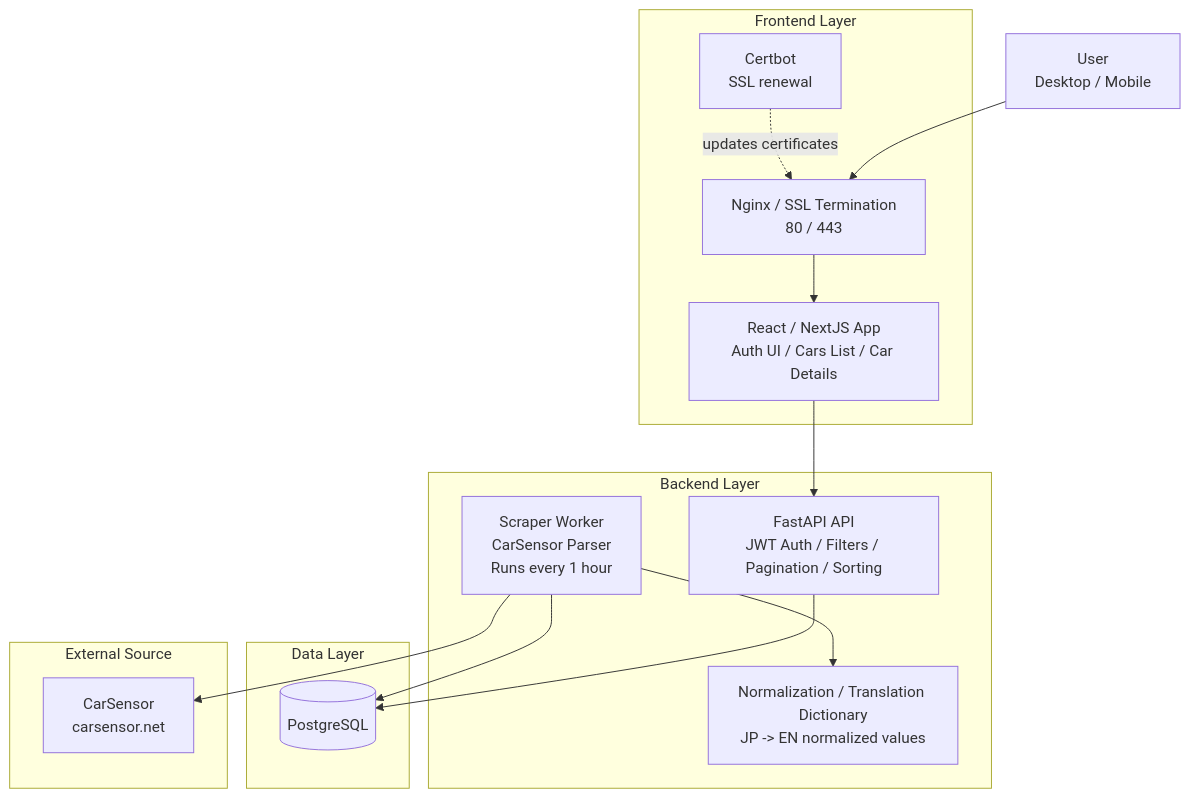
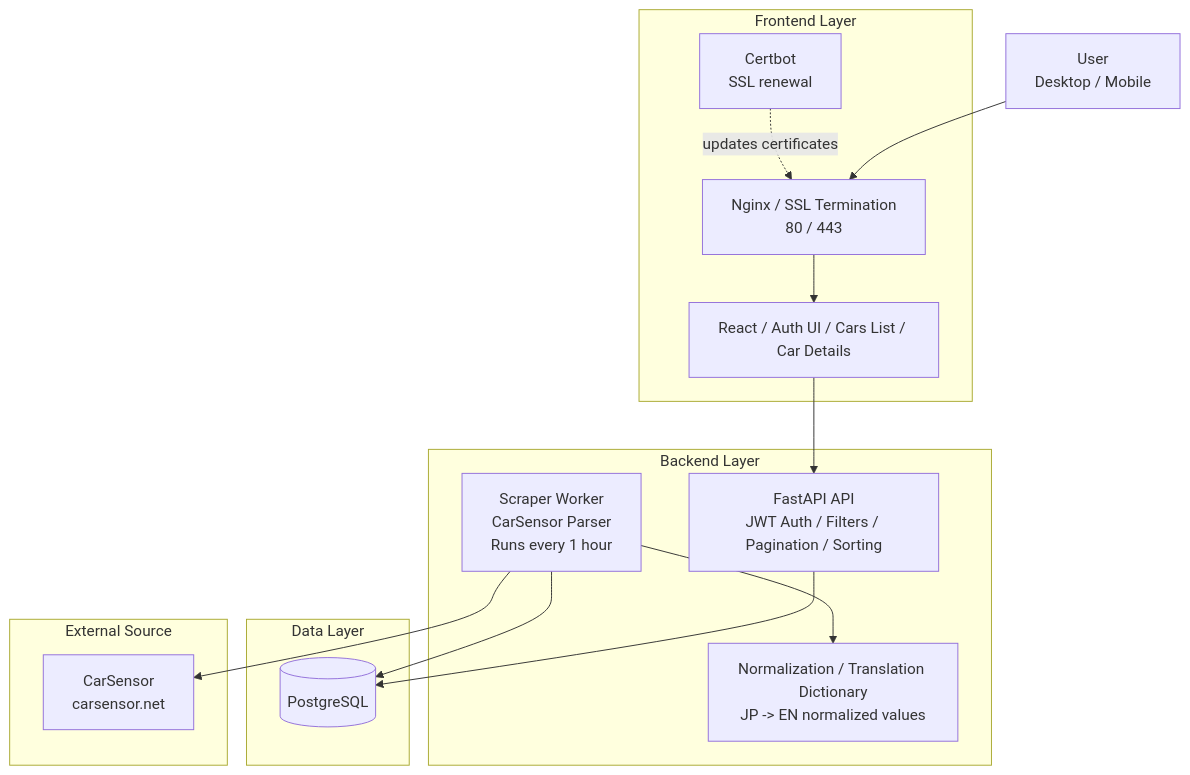
The diagram in README.md (SergeyKalutsky/million-miles-test), drawn with Mermaid before and after one commit.

Commit message:
refactor: simplify frontend layer description in architecture diagram

````diff
--- a/README.md
+++ b/README.md
@@ -46,41 +46,41 @@
 ```mermaid
 flowchart TB
     %% Clients
     USER[User<br/>Desktop / Mobile]
 
     %% Frontend
     subgraph FRONT["Frontend Layer"]
-        FE[React / NextJS App<br/>Auth UI / Cars List / Car Details]
+        FE[React / Auth UI / Cars List / Car Details]
         NGINX[Nginx / SSL Termination<br/>80 / 443]
         CERT[Certbot<br/>SSL renewal]
     end
 
     %% Backend
     subgraph BACK["Backend Layer"]
         API[FastAPI API<br/>JWT Auth / Filters / Pagination / Sorting]
         SCRAPER[Scraper Worker<br/>CarSensor Parser<br/>Runs every 1 hour]
         DICT[Normalization / Translation Dictionary<br/>JP -> EN normalized values]
     end
 
     %% Data
     subgraph DATA["Data Layer"]
         DB[(PostgreSQL)]
     end
 
     %% External
     subgraph EXT["External Source"]
         CARSENSOR[CarSensor<br/>carsensor.net]
     end
 
     USER --> NGINX
     NGINX --> FE
     FE --> API
 
     API --> DB
 
     SCRAPER --> CARSENSOR
     SCRAPER --> DICT
     SCRAPER --> DB
 
     CERT -. updates certificates .-> NGINX
 ```
````
